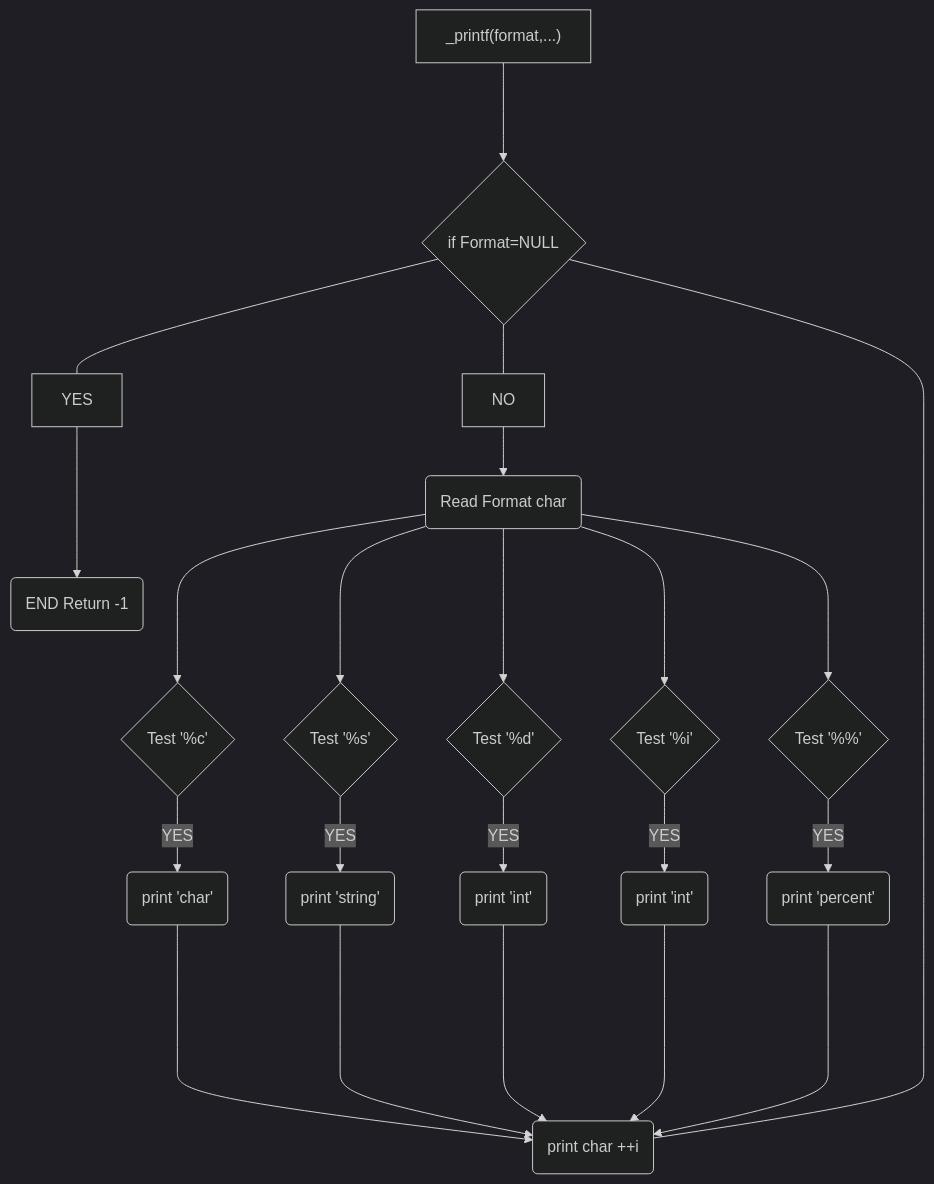
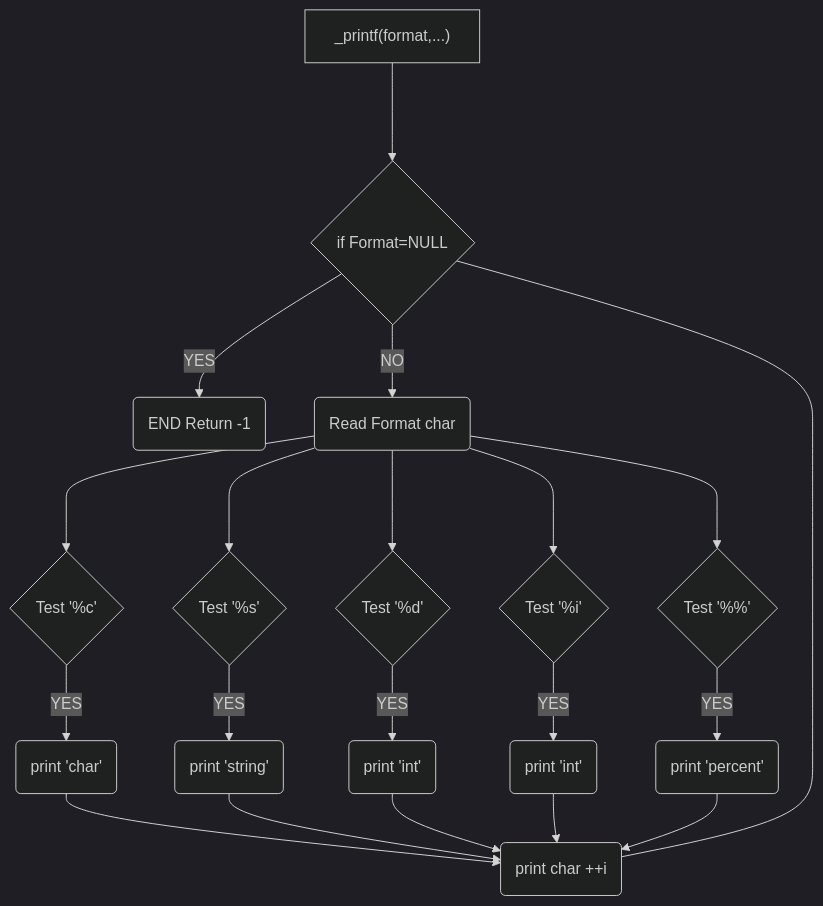
One commit to Genia888/holbertonschool-printf changed the diagram in README.md. Above: the diagram before and after it, drawn with Mermaid (dark theme).

````diff
--- a/README.md
+++ b/README.md
@@ -76,19 +76,18 @@
 ```mermaid
-flowchart TD
-    A["_printf(format,...)"] --->B{"if Format=NULL"}
-    B --- YES ---> I("END Return -1")
-    B --- NO --> C("Read Format char")
+    flowchart TD
+    A["_printf(format,...)"] --->B{"if  Format=NULL"}
+    B -- YES --> I("END Return -1")
+    B -- NO --> C("Read Format char")
     C ---> D{Test '%c'} 
-    C --> E{Test '%s' } 
-    C --> F{Test '%d'}  
-    C --> J{Test '%i'}  
-    C --> K{Test '%%'}
+    C ---> E{Test '%s' } 
+    C ---> F{Test '%d'}  
+    C ---> J{Test '%i'}  
+    C ---> K{Test '%%'}
     D -- YES --> 1(print 'char')
     E -- YES --> 2(print 'string')
     F -- YES --> 3(print 'int')
     J -- YES --> 4(print 'int')
     K -- YES --> 5(print 'percent')
-    1 & 2 & 3 & 4 & 5 -----> M(print char ++i)
-    
+    1 & 2 & 3 & 4 & 5 --> M(print char ++i)
     B --- M
 ```
````
